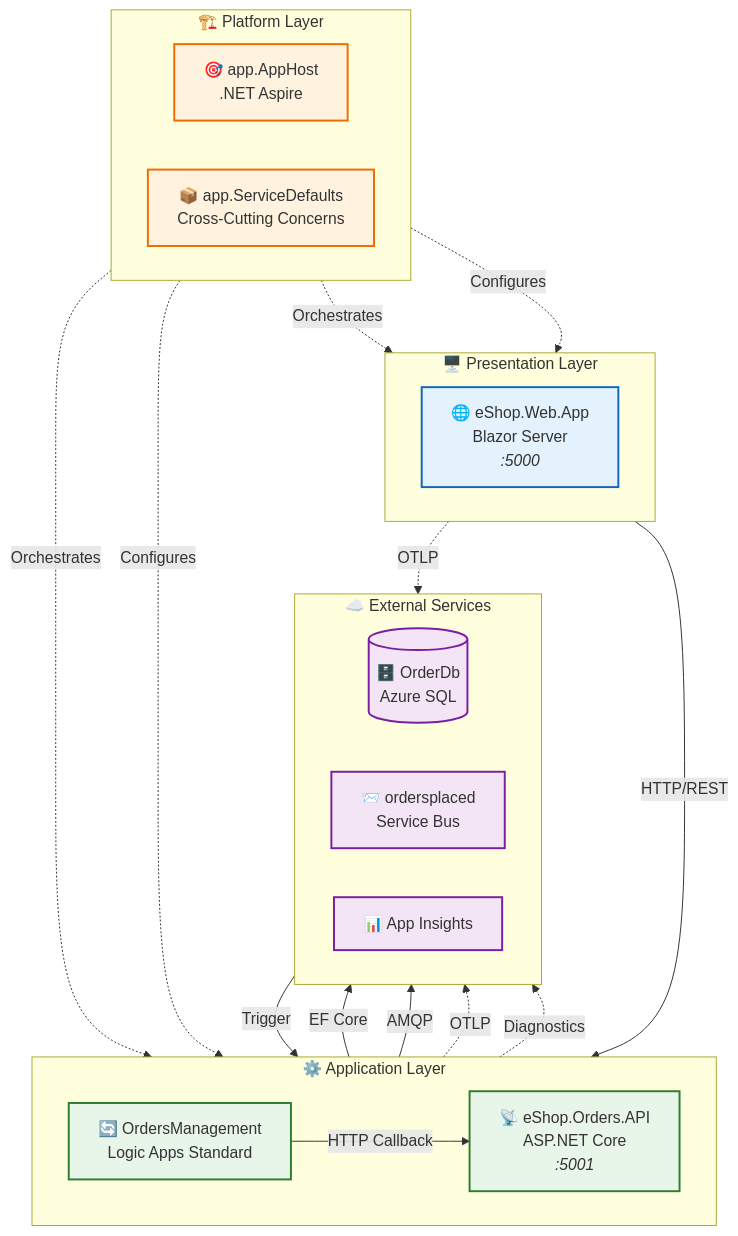
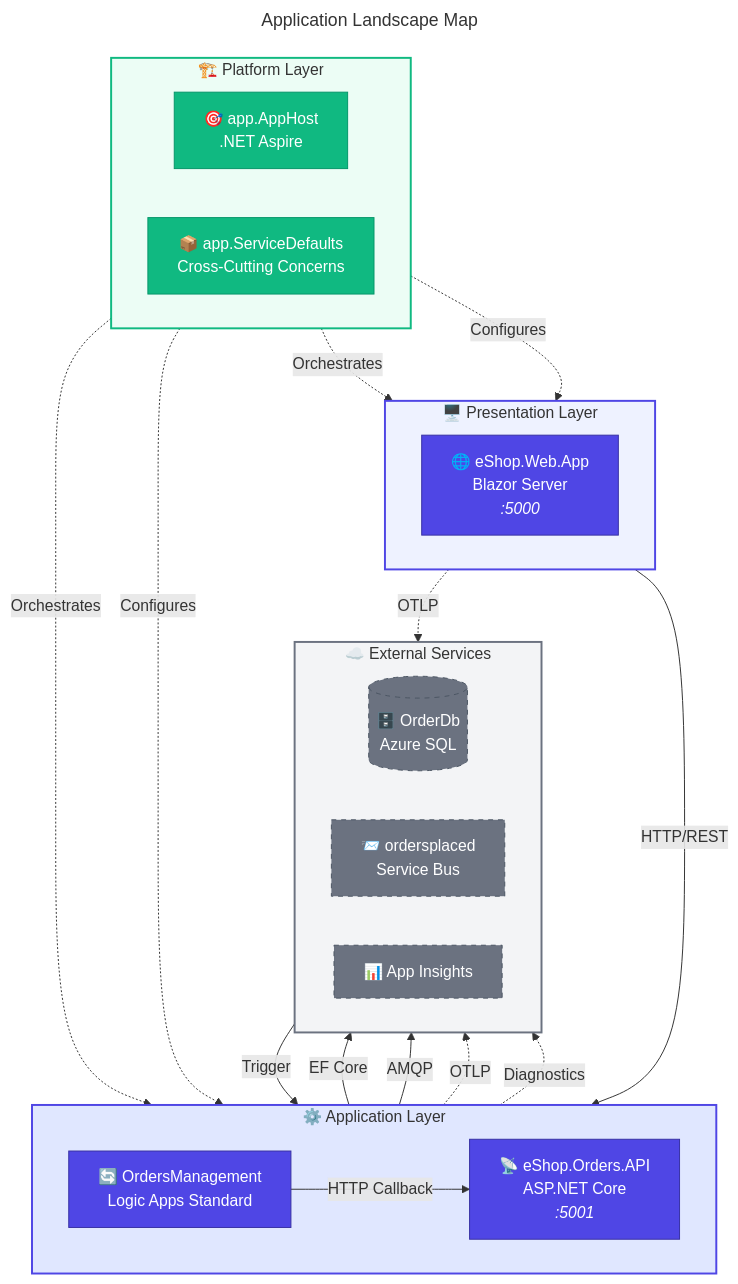
The first of 5 diagrams in docs/architecture/03-application-architecture.md (Evilazaro/Azure-LogicApps-Monitoring), drawn with Mermaid before and after one commit. The commit also changed other lines of this file, not shown here.

Commit message:
feat: Enhance application architecture documentation with updated landscape maps and component structures

````diff
--- a/docs/architecture/03-application-architecture.md
+++ b/docs/architecture/03-application-architecture.md
@@ -39,51 +39,66 @@
 ```mermaid
+---
+title: Application Landscape Map
+---
 flowchart TB
+    %% ===== PRESENTATION LAYER =====
     subgraph Presentation["🖥️ Presentation Layer"]
         direction LR
         WebApp["🌐 eShop.Web.App<br/>Blazor Server<br/><i>:5000</i>"]
     end
 
+    %% ===== APPLICATION LAYER =====
     subgraph Application["⚙️ Application Layer"]
         direction LR
         API["📡 eShop.Orders.API<br/>ASP.NET Core<br/><i>:5001</i>"]
         Workflow["🔄 OrdersManagement<br/>Logic Apps Standard"]
     end
 
+    %% ===== PLATFORM LAYER =====
     subgraph Platform["🏗️ Platform Layer"]
         direction LR
         Orchestrator["🎯 app.AppHost<br/>.NET Aspire"]
         SharedLib["📦 app.ServiceDefaults<br/>Cross-Cutting Concerns"]
     end
 
+    %% ===== EXTERNAL SERVICES =====
     subgraph External["☁️ External Services"]
         direction LR
         DB[("🗄️ OrderDb<br/>Azure SQL")]
         Queue["📨 ordersplaced<br/>Service Bus"]
         Monitor["📊 App Insights"]
     end
 
+    %% ===== CONNECTIONS =====
     WebApp -->|"HTTP/REST"| API
     API -->|"EF Core"| DB
     API -->|"AMQP"| Queue
     Queue -->|"Trigger"| Workflow
     Workflow -->|"HTTP Callback"| API
 
     Orchestrator -.->|"Orchestrates"| WebApp
     Orchestrator -.->|"Orchestrates"| API
     SharedLib -.->|"Configures"| WebApp
     SharedLib -.->|"Configures"| API
 
     WebApp -.->|"OTLP"| Monitor
     API -.->|"OTLP"| Monitor
     Workflow -.->|"Diagnostics"| Monitor
 
-    classDef presentation fill:#e3f2fd,stroke:#1565c0,stroke-width:2px
-    classDef application fill:#e8f5e9,stroke:#2e7d32,stroke-width:2px
-    classDef platform fill:#fff3e0,stroke:#ef6c00,stroke-width:2px
-    classDef external fill:#f3e5f5,stroke:#7b1fa2,stroke-width:2px
+    %% ===== STYLES - NODE CLASSES =====
+    classDef primary fill:#4F46E5,stroke:#3730A3,color:#FFFFFF
+    classDef secondary fill:#10B981,stroke:#059669,color:#FFFFFF
+    classDef external fill:#6B7280,stroke:#4B5563,color:#FFFFFF,stroke-dasharray:5 5
 
-    class WebApp presentation
-    class API,Workflow application
-    class Orchestrator,SharedLib platform
+    %% ===== CLASS ASSIGNMENTS =====
+    class WebApp primary
+    class API,Workflow primary
+    class Orchestrator,SharedLib secondary
     class DB,Queue,Monitor external
+
+    %% ===== SUBGRAPH STYLES =====
+    style Presentation fill:#EEF2FF,stroke:#4F46E5,stroke-width:2px
+    style Application fill:#E0E7FF,stroke:#4F46E5,stroke-width:2px
+    style Platform fill:#ECFDF5,stroke:#10B981,stroke-width:2px
+    style External fill:#F3F4F6,stroke:#6B7280,stroke-width:2px
 ```
````
